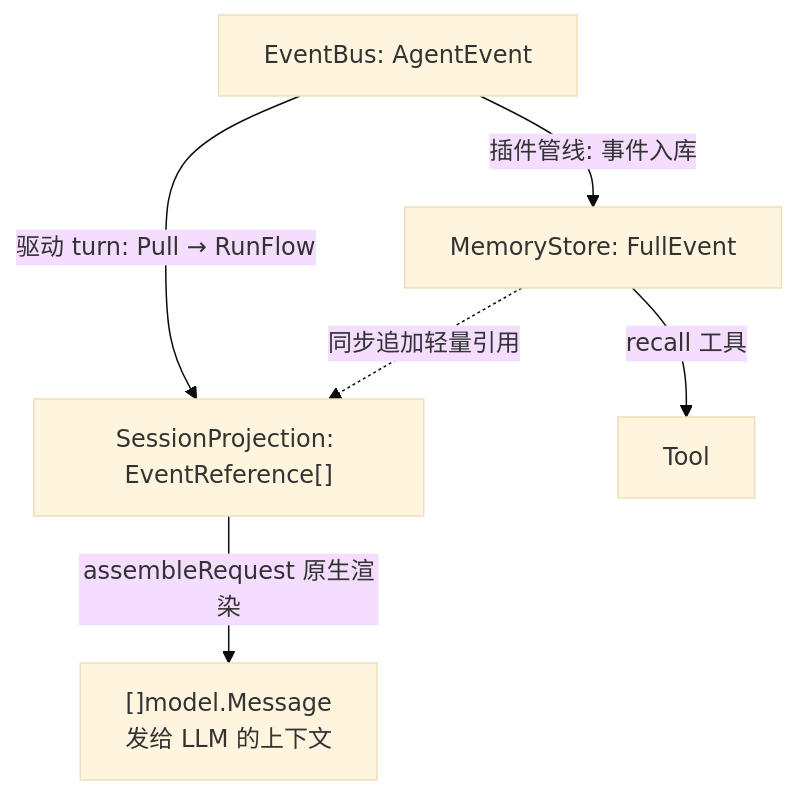
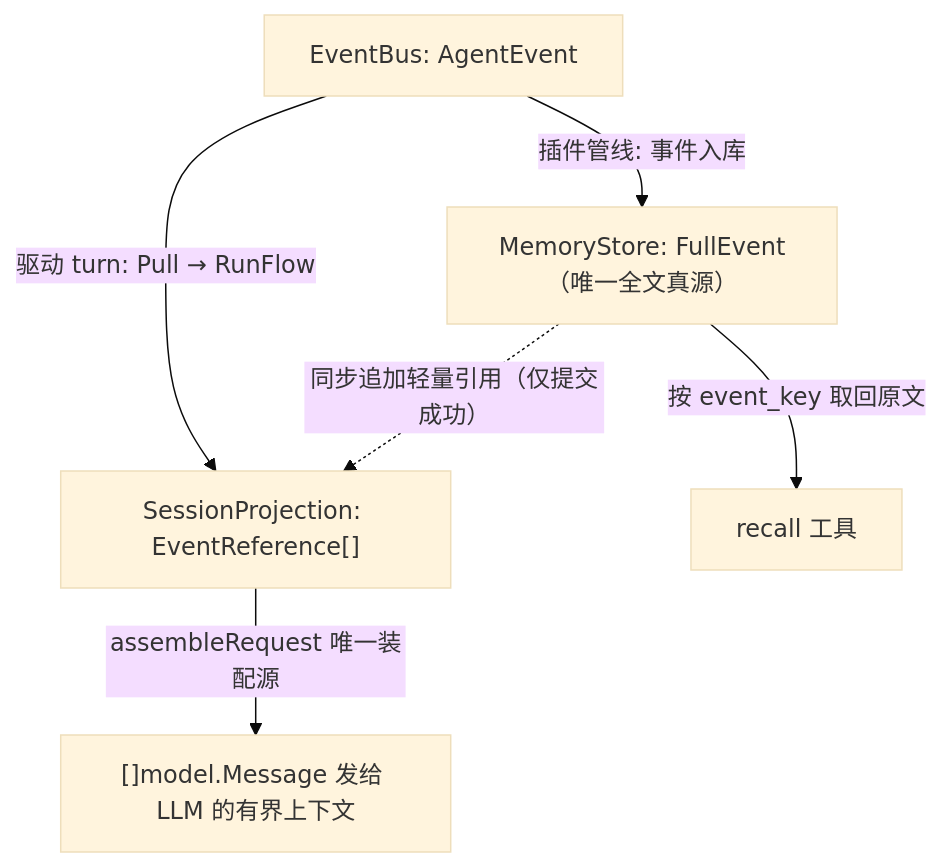
The first of 2 diagrams in README.md (SpellingDragon/tagent), drawn with Mermaid (base theme) before and after one commit. The commit also changed other lines of this file and 1 other file, not shown here.

````diff
--- a/README.md
+++ b/README.md
@@ -169,14 +35,13 @@
 ```mermaid
 graph TB
     EB["EventBus: AgentEvent"]
     SP["SessionProjection: EventReference[]"]
-    MS["MemoryStore: FullEvent"]
-    LLM["[]model.Message<br/>发给 LLM 的上下文"]
-    TOOL["Tool"]
-
+    MS["MemoryStore: FullEvent（唯一全文真源）"]
+    LLM["[]model.Message 发给 LLM 的有界上下文"]
+    TOOL["recall 工具"]
     EB -->|驱动 turn: Pull → RunFlow| SP
     EB -->|插件管线: 事件入库| MS
-    MS -.同步追加轻量引用.-> SP
-    SP -->|assembleRequest 原生渲染| LLM
-    MS -->|recall 工具| TOOL
+    MS -.同步追加轻量引用（仅提交成功）.-> SP
+    SP -->|assembleRequest 唯一装配源| LLM
+    MS -->|按 event_key 取回原文| TOOL
 ```
````
